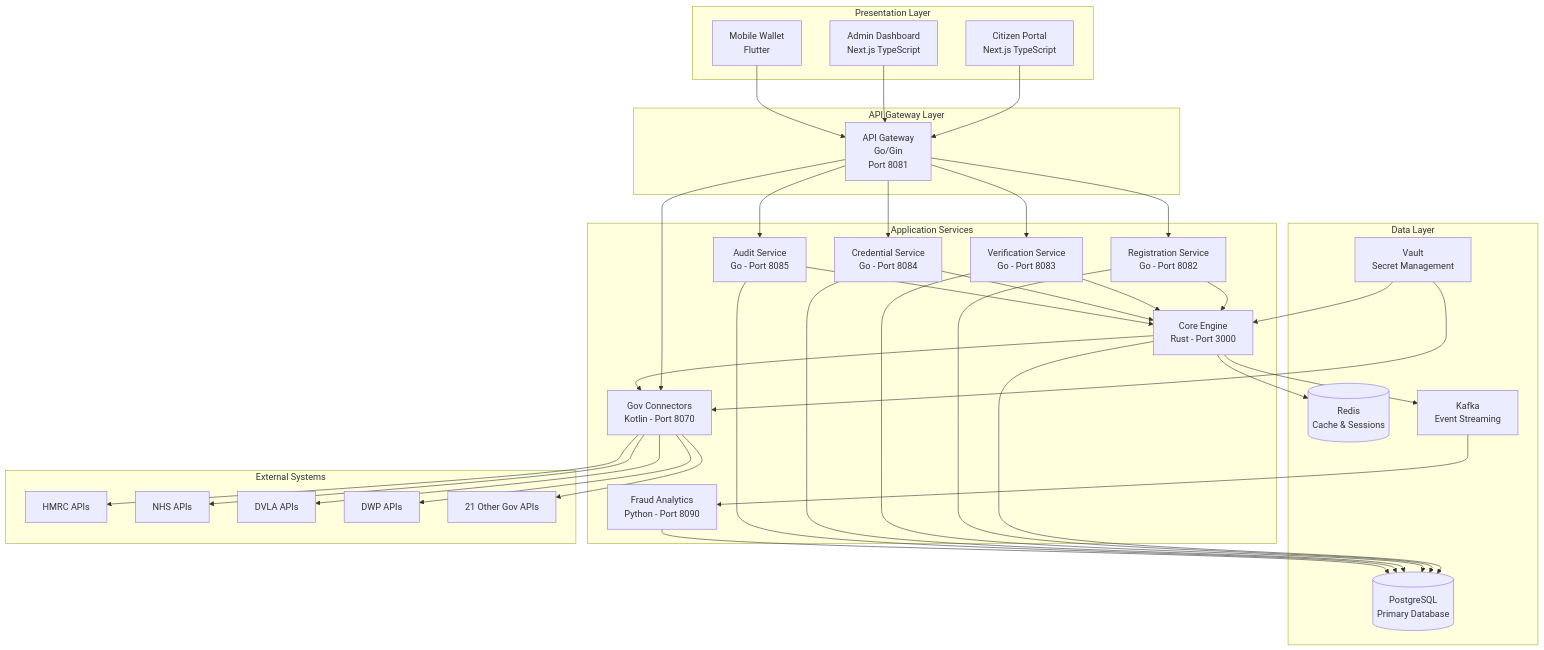
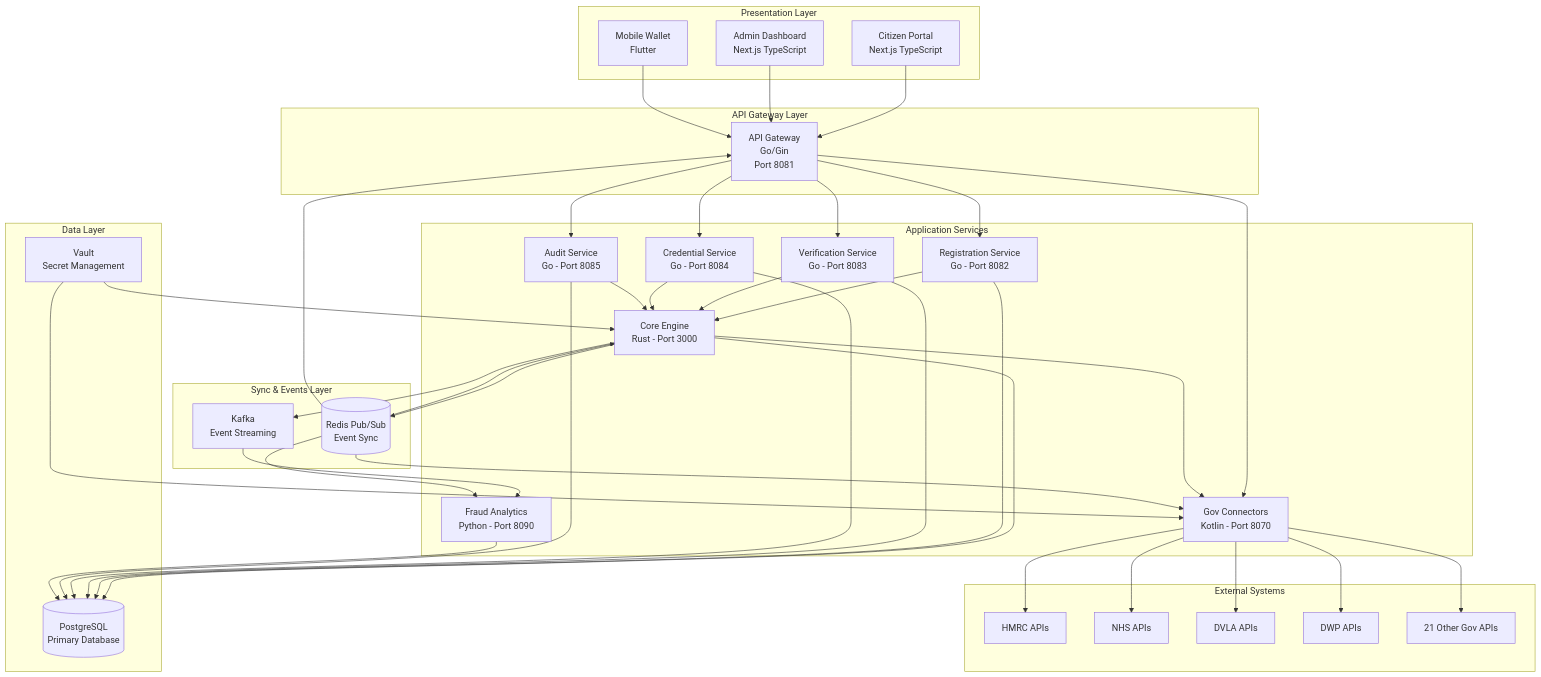
Before and after one commit to degenwithheart/UK-Digital-ID-Platform: the second of 4 diagrams in docs/architecture.md, drawn with Mermaid. The commit also changed other lines of this file and 35 other files, not shown here.

````diff
--- a/docs/architecture.md
+++ b/docs/architecture.md
@@ -50,10 +151,13 @@
         FA[Fraud Analytics<br/>Python - Port 8090]
     end
     
+    subgraph "Sync & Events Layer"
+        RD[(Redis Pub/Sub<br/>Event Sync)]
+        KF[Kafka<br/>Event Streaming]
+    end
+    
     subgraph "Data Layer"
         PG[(PostgreSQL<br/>Primary Database)]
-        RD[(Redis<br/>Cache & Sessions)]
-        KF[Kafka<br/>Event Streaming]
         VT[Vault<br/>Secret Management]
     end
     
@@ -100,6 +204,11 @@
     KF --> FA
     FA --> PG
     
+    RD --> CE
+    RD --> GC
+    RD --> FA
+    RD --> GW
+    
     VT --> CE
     VT --> GC
 ```
````
